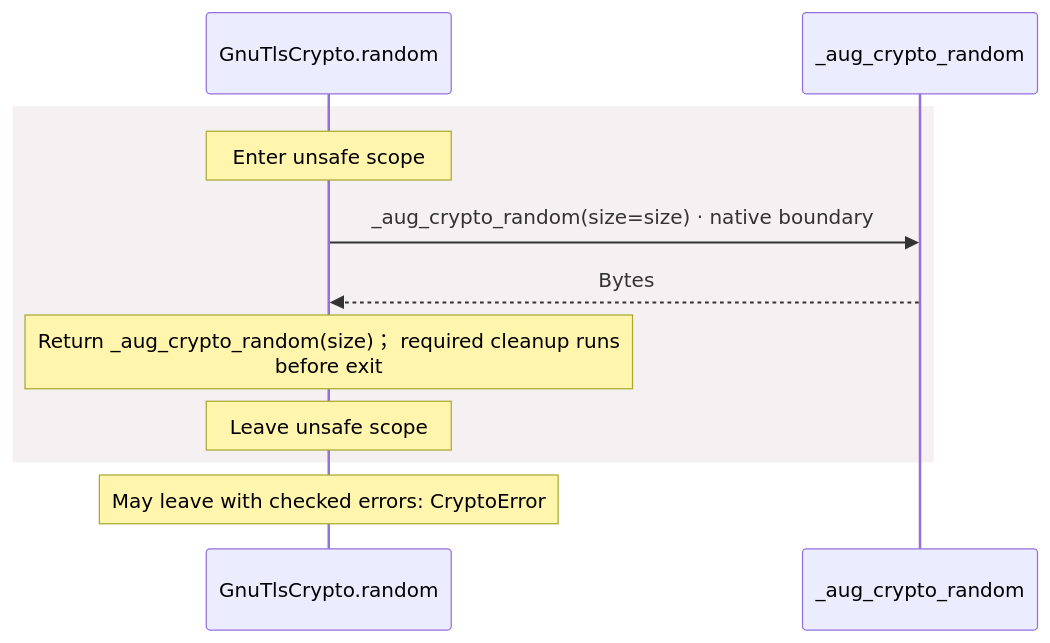
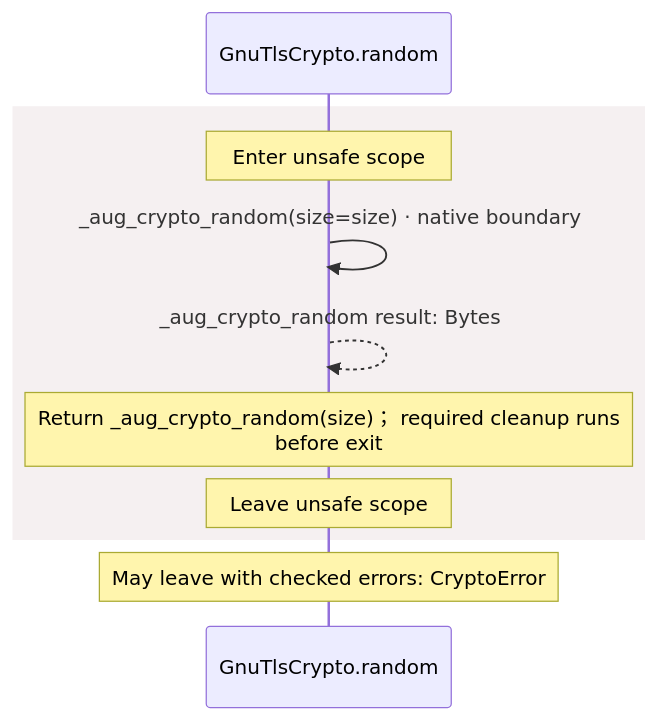
Before and after one commit to GreenPandaStudios/augscript: the third of 13 diagrams in docs/examples/oidc-login/dependencies/packages/@git/url_9ef654c66d34ab8f5527/0.0.0-git.b14a0f9aa41f1ce58bd51133bcdc424033e40d40/contracts-diagrams.md, drawn with Mermaid. The commit also changed other lines of this file and 304 other files, not shown here.

Commit message:
Make generated data-flow sequences concise and review every diagram

````diff
--- a/docs/examples/oidc-login/dependencies/packages/@git/url_9ef654c66d34ab8f5527/0.0.0-git.b14a0f9aa41f1ce58bd51133bcdc424033e40d40/contracts-diagrams.md
+++ b/docs/examples/oidc-login/dependencies/packages/@git/url_9ef654c66d34ab8f5527/0.0.0-git.b14a0f9aa41f1ce58bd51133bcdc424033e40d40/contracts-diagrams.md
@@ -291,13 +254,13 @@
 ```mermaid
 sequenceDiagram
     participant p0 as GnuTlsCrypto.random
-    participant p1 as _aug_crypto_random
+
     rect rgb(245, 240, 241)
     Note over p0: Enter unsafe scope
-    p0->>p1: _aug_crypto_random(size=size) · native boundary
-    p1-->>p0: Bytes
+    p0->>p0: _aug_crypto_random(size=size) · native boundary
+    p0-->>p0: _aug_crypto_random result: Bytes
     Note over p0: Return _aug_crypto_random(size)； required cleanup runs<br/>before exit
     Note over p0: Leave unsafe scope
     end
     Note over p0: May leave with checked errors: CryptoError
 ```
````
